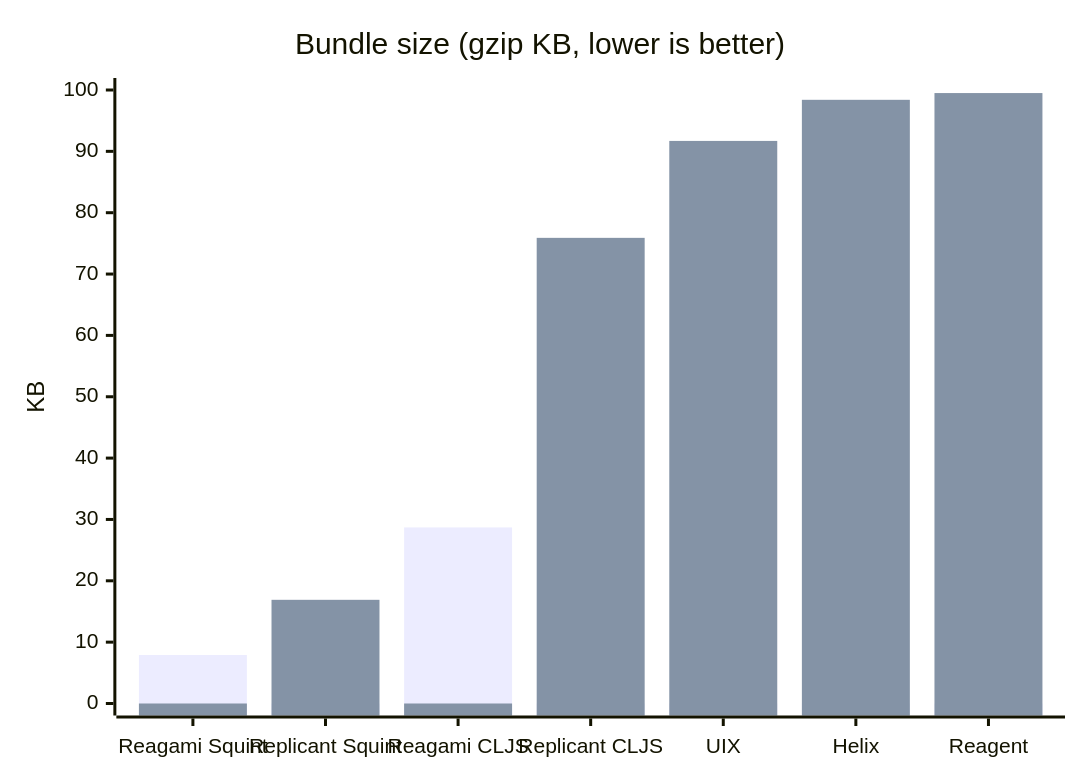
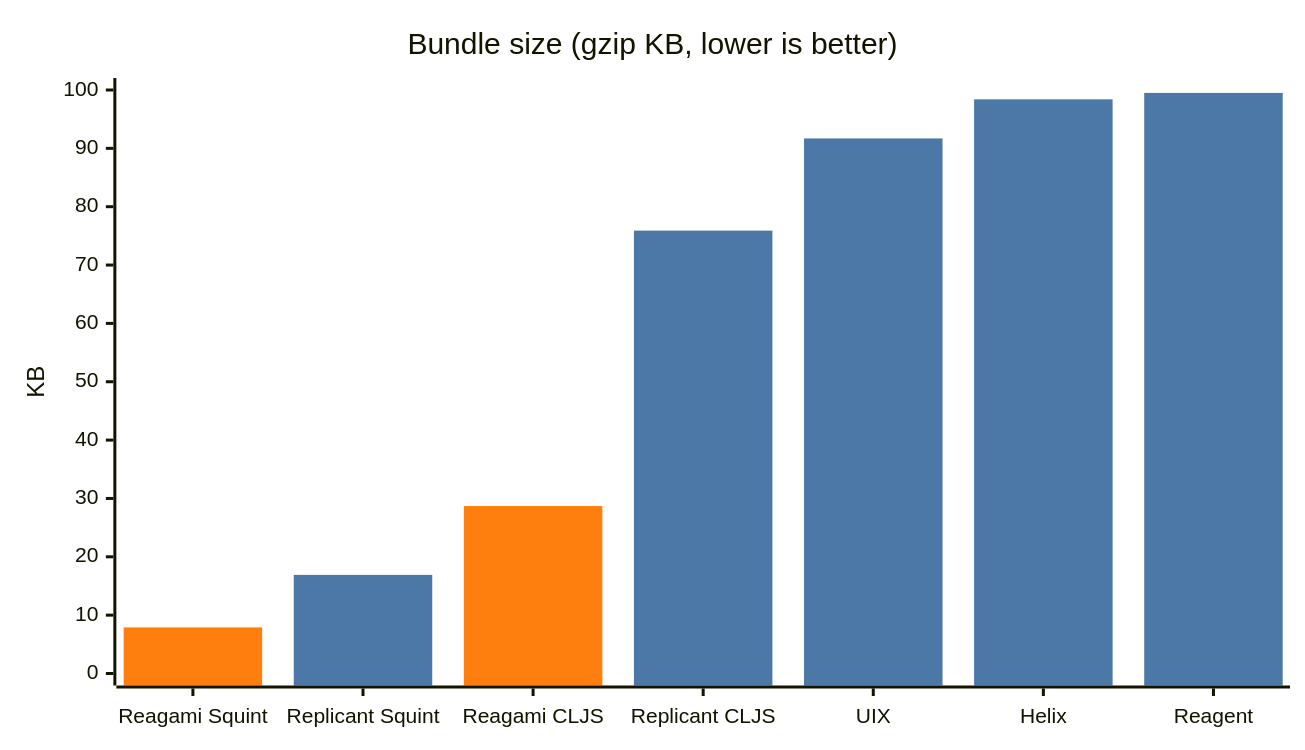
Before and after one commit to borkdude/reagami: the second of 2 diagrams in README.md, drawn with Mermaid. The commit also changed other lines of this file and 1 other file, not shown here.

Commit message:
Mermaid bar colors (#43)

````diff
--- a/README.md
+++ b/README.md
@@ -199,13 +203,17 @@
 ```mermaid
 ---
 config:
   xyChart:
-    plotColorPalette: "#ff7f0e, #4c78a8"
+    width: 850
+    height: 480
+  themeVariables:
+    xyChart:
+      plotColorPalette: "#ff7f0e, #4c78a8"
 ---
 xychart-beta
     title "Bundle size (gzip KB, lower is better)"
     x-axis ["Reagami Squint", "Replicant Squint", "Reagami CLJS", "Replicant CLJS", "UIX", "Helix", "Reagent"]
     y-axis "KB" 0 --> 100
-    bar [7.9, 0, 28.7, 0, 0, 0, 0]
-    bar [0, 16.9, 0, 75.9, 91.7, 98.4, 99.5]
+    bar [7.9, -5, 28.7, -5, -5, -5, -5]
+    bar [-5, 16.9, -5, 75.9, 91.7, 98.4, 99.5]
 ```
````
